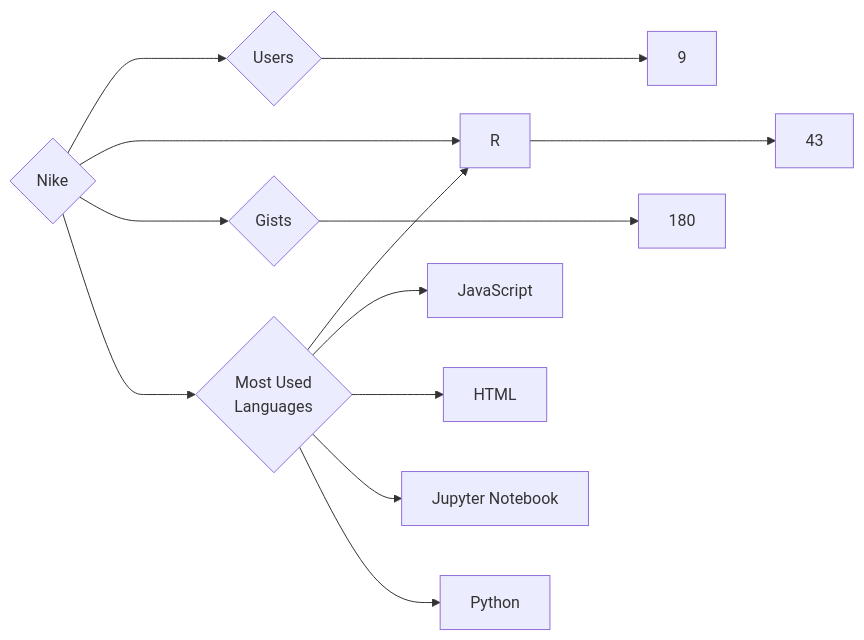
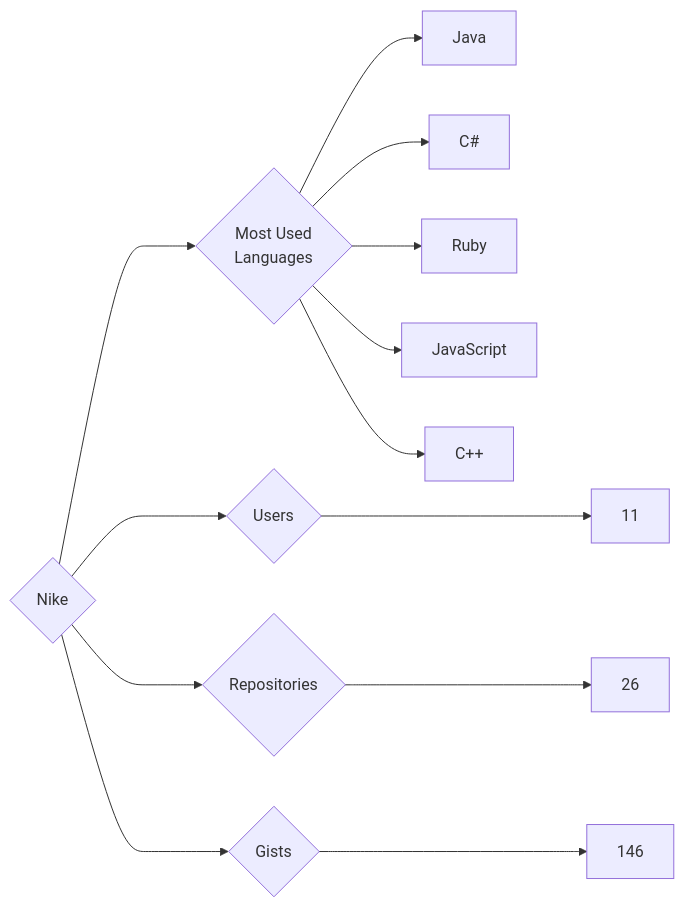
One commit to trickest/insiders changed the diagram in targets/Nike/README.md. Above: the diagram before and after it, drawn with Mermaid. The commit also changed 995 other files, not shown here.

````diff
--- a/targets/Nike/README.md
+++ b/targets/Nike/README.md
@@ -3,13 +3,13 @@
 ```mermaid
 graph LR
 COMPANY_NAME{Nike}
-COMPANY_NAME ---> U{Users} ---> UN[9]
-COMPANY_NAME ---> R{Repositories} ---> RN[43]
-COMPANY_NAME ---> G{Gists} ---> GN[180]
+COMPANY_NAME ---> U{Users} ---> UN[11]
+COMPANY_NAME ---> R{Repositories} ---> RN[26]
+COMPANY_NAME ---> G{Gists} ---> GN[146]
 COMPANY_NAME ---> ML{Most Used<br>Languages}
-ML --> R[R]
+ML --> Java[Java]
+ML --> C#[C#]
+ML --> Ruby[Ruby]
 ML --> JavaScript[JavaScript]
-ML --> HTML[HTML]
-ML --> Jupyter_Notebook[Jupyter Notebook]
-ML --> Python[Python]
+ML --> C++[C++]
 ```
````
